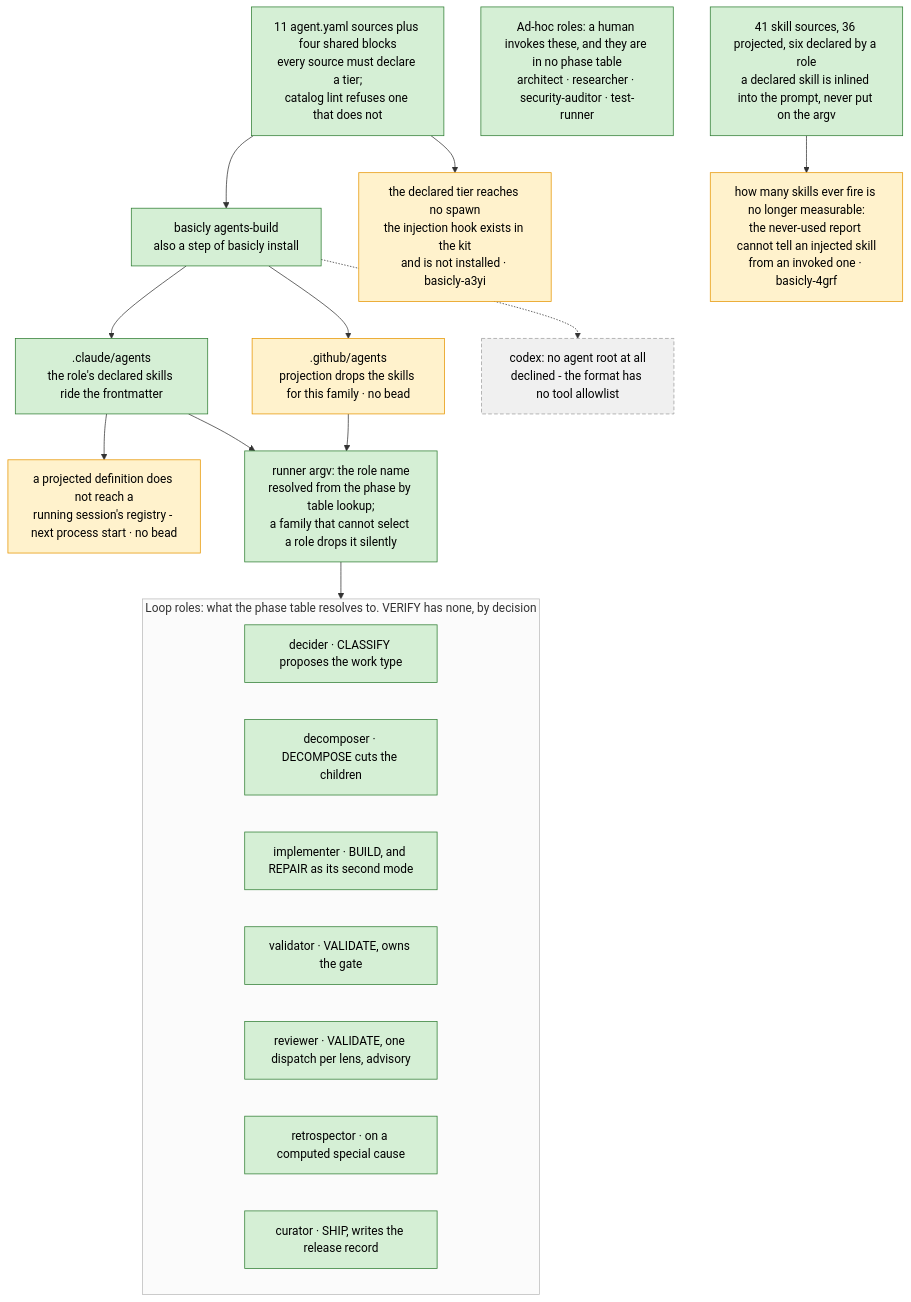
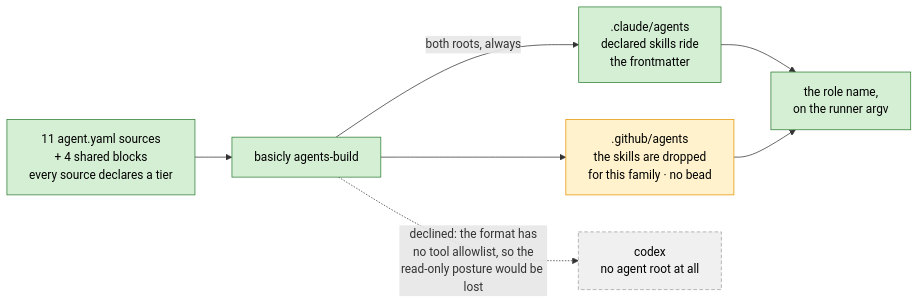
Before and after one commit to niksavis/basicly: the ninth of 11 diagrams in docs/architecture/architecture.md, drawn with Mermaid. The commit also changed other lines of this file and 10 other files, not shown here.

````diff
--- a/docs/architecture/architecture.md
+++ b/docs/architecture/architecture.md
@@ -1647,46 +2142,23 @@
 ```mermaid
-flowchart TB
-  csrc["11 agent.yaml sources plus four shared blocks<br/>every source must declare a tier;<br/>catalog lint refuses one that does not"]
-  abuild["basicly agents-build<br/>also a step of basicly install"]
-  pcl[".claude/agents<br/>the role's declared skills ride the frontmatter"]
-  pco[".github/agents<br/>projection drops the skills for this family · no bead"]
-  pcx["codex: no agent root at all<br/>declined - the format has no tool allowlist"]
-  argv["runner argv: the role name<br/>resolved from the phase by table lookup;<br/>a family that cannot select a role drops it silently"]
-  tier["the declared tier reaches no spawn<br/>the injection hook exists in the kit<br/>and is not installed · basicly-a3yi"]
-  reg["a projected definition does not reach a<br/>running session's registry - next process start · no bead"]
+flowchart LR
+  csrc["11 agent.yaml sources<br/>+ 4 shared blocks<br/>every source declares a tier"]
+  abuild["basicly agents-build"]
+  pcl[".claude/agents<br/>declared skills ride<br/>the frontmatter"]
+  pco[".github/agents<br/>the skills are dropped<br/>for this family · no bead"]
+  pcx["codex<br/>no agent root at all"]
+  argv["the role name,<br/>on the runner argv"]
 
   csrc --> abuild
-  abuild --> pcl
+  abuild -->|"both roots, always"| pcl
   abuild --> pco
-  abuild -.-> pcx
-  csrc --> tier
-  pcl --> reg
+  abuild -.->|"declined: the format has<br/>no tool allowlist, so the<br/>read-only posture would be lost"| pcx
   pcl --> argv
   pco --> argv
-  argv --> loopr
-
-  subgraph loopr["Loop roles: what the phase table resolves to. VERIFY has none, by decision"]
-    rdec["decider · CLASSIFY proposes the work type"]
-    rdcp["decomposer · DECOMPOSE cuts the children"]
-    rimp["implementer · BUILD, and REPAIR as its second mode"]
-    rval["validator · VALIDATE, owns the gate"]
-    rrev["reviewer · VALIDATE, one dispatch per lens, advisory"]
-    rret["retrospector · on a computed special cause"]
-    rcur["curator · SHIP, writes the release record"]
-  end
-
-  adhoc["Ad-hoc roles: a human invokes these, and they are in no phase table<br/>architect · researcher · security-auditor · test-runner"]
-
-  skills["41 skill sources, 36 projected, six declared by a role<br/>a declared skill is inlined into the prompt, never put on the argv"]
-  scnt["how many skills ever fire is no longer measurable:<br/>the never-used report cannot tell an injected skill<br/>from an invoked one · basicly-4grf"]
-  skills --> scnt
 
   classDef built fill:#d5efd5,stroke:#2e7d32,color:#000
   classDef partial fill:#fff2cc,stroke:#e69500,color:#000
   classDef designed fill:#f0f0f0,stroke:#9e9e9e,color:#000,stroke-dasharray:5 3
-  classDef plane fill:#fbfbfb,stroke:#bbbbbb,color:#333
-  class csrc,abuild,pcl,argv,rdec,rdcp,rimp,rval,rrev,rret,rcur,adhoc,skills built
-  class pco,tier,scnt,reg partial
+  class csrc,abuild,pcl,argv built
+  class pco partial
   class pcx designed
-  class loopr plane
 ```
````
